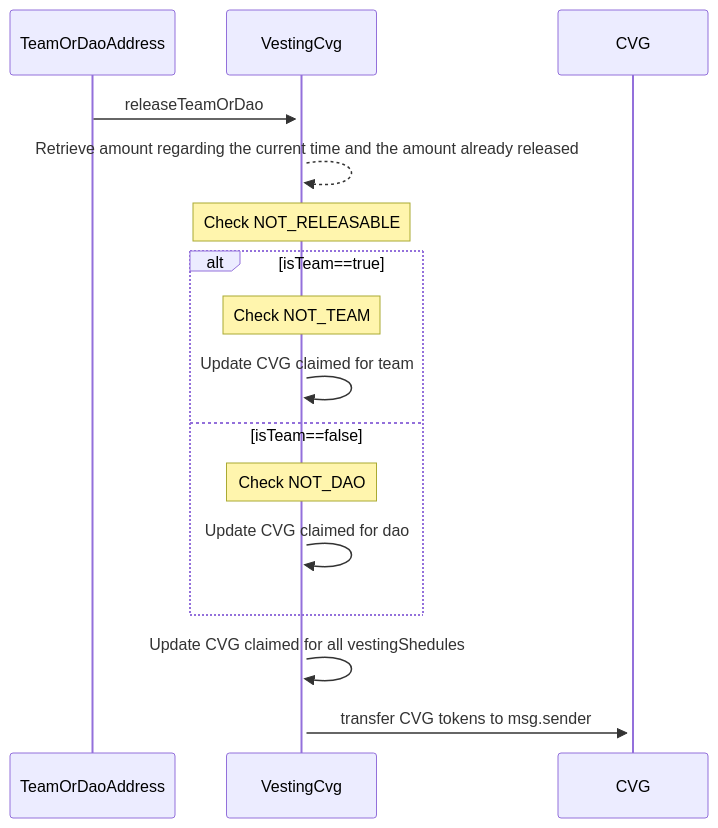
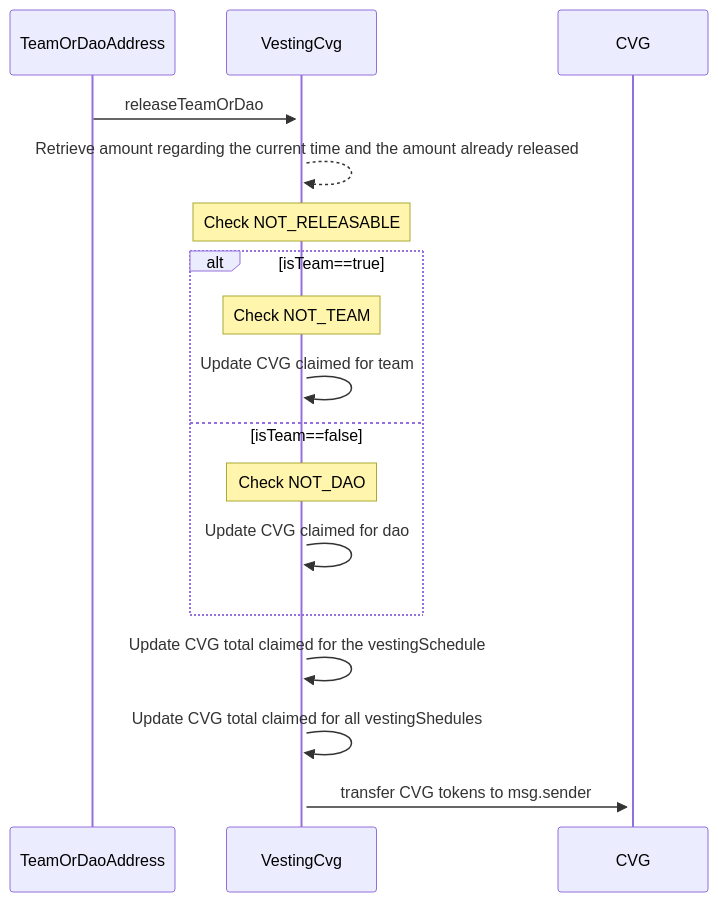
The sixth of 6 diagrams in technical-docs/VestingCvg.md (hats-finance/Convergence-Finance---IBO-0x0e410e7af8e70fc5bffcdbfbdf1673ee7b3d0777), drawn with Mermaid before and after one commit. The commit also changed other lines of this file and 9 other files, not shown here.

````diff
--- a/technical-docs/VestingCvg.md
+++ b/technical-docs/VestingCvg.md
@@ -72,15 +85,16 @@
 ```mermaid
 sequenceDiagram
     TeamOrDaoAddress->>+VestingCvg: releaseTeamOrDao
     VestingCvg-->>VestingCvg: Retrieve amount regarding the current time and the amount already released
     note over VestingCvg: Check NOT_RELEASABLE
     alt isTeam==true
         note over VestingCvg: Check NOT_TEAM
         VestingCvg->>VestingCvg: Update CVG claimed for team
     else isTeam==false
         note over VestingCvg: Check NOT_DAO
         VestingCvg->>VestingCvg: Update CVG claimed for dao
     end
-    VestingCvg->>VestingCvg: Update CVG claimed for all vestingShedules
+    VestingCvg->>VestingCvg: Update CVG total claimed for the vestingSchedule
+    VestingCvg->>VestingCvg: Update CVG total claimed for all vestingShedules
     VestingCvg->>+CVG: transfer CVG tokens to msg.sender
 ```
````
